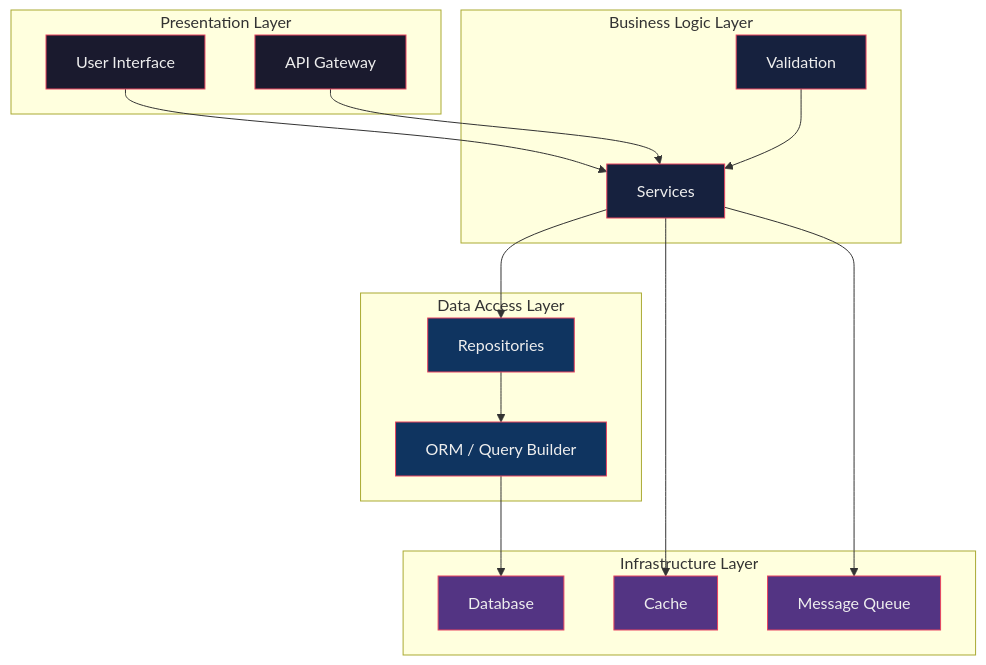
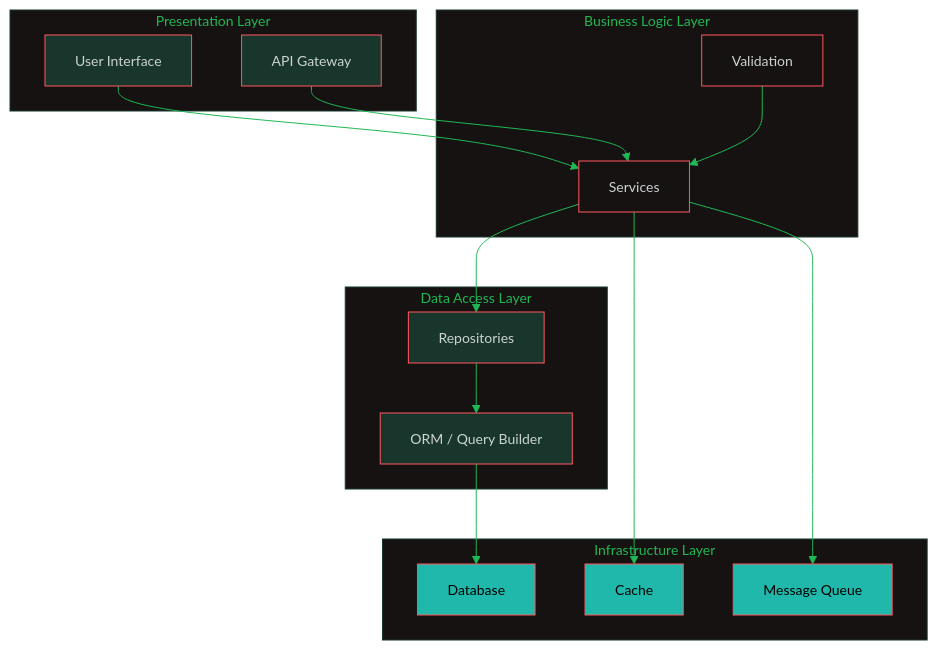
Before and after one commit to oat431/swe-knowledge: the second of 9 diagrams in computing-foundation-note/Fundamental/00 Basic Concepts of a System.md, drawn with Mermaid. The commit also changed other lines of this file and 139 other files, not shown here.

````diff
--- a/computing-foundation-note/Fundamental/00 Basic Concepts of a System.md
+++ b/computing-foundation-note/Fundamental/00 Basic Concepts of a System.md
@@ -143,39 +145,40 @@
 ```mermaid
+%%{init: {'theme':'base','themeVariables':{'primaryColor':'#19362D','primaryTextColor':'#CDD3D1','primaryBorderColor':'#1FB854','lineColor':'#1FB854','secondaryColor':'#161212','tertiaryColor':'#1B1717','background':'#1B1717','mainBkg':'#19362D','nodeBorder':'#1FB854','clusterBkg':'#161212','clusterBorder':'#19362D','titleColor':'#1FB854','edgeLabelBackground':'#161212','fontSize':'14px'}}}%%
 flowchart TB
     subgraph "Presentation Layer"
         UI["User Interface"]
         API["API Gateway"]
     end
     subgraph "Business Logic Layer"
         SVC["Services"]
         VALID["Validation"]
     end
     subgraph "Data Access Layer"
         REPO["Repositories"]
         ORM["ORM / Query Builder"]
     end
     subgraph "Infrastructure Layer"
         DB["Database"]
         CACHE["Cache"]
         MQ["Message Queue"]
     end
     
     UI --> SVC
     API --> SVC
     SVC --> REPO
     VALID --> SVC
     REPO --> ORM
     ORM --> DB
     SVC --> CACHE
     SVC --> MQ
     
-    style UI fill:#1a1a2e,stroke:#e94560,color:#eee
-    style API fill:#1a1a2e,stroke:#e94560,color:#eee
-    style SVC fill:#16213e,stroke:#e94560,color:#eee
-    style VALID fill:#16213e,stroke:#e94560,color:#eee
-    style REPO fill:#0f3460,stroke:#e94560,color:#eee
-    style ORM fill:#0f3460,stroke:#e94560,color:#eee
-    style DB fill:#533483,stroke:#e94560,color:#eee
-    style CACHE fill:#533483,stroke:#e94560,color:#eee
-    style MQ fill:#533483,stroke:#e94560,color:#eee
+    style UI fill:#19362D,stroke:#FF5861,color:#CDD3D1
+    style API fill:#19362D,stroke:#FF5861,color:#CDD3D1
+    style SVC fill:#161212,stroke:#FF5861,color:#CDD3D1
+    style VALID fill:#161212,stroke:#FF5861,color:#CDD3D1
+    style REPO fill:#19362D,stroke:#FF5861,color:#CDD3D1
+    style ORM fill:#19362D,stroke:#FF5861,color:#CDD3D1
+    style DB fill:#1FB8AB,stroke:#FF5861,color:#000000
+    style CACHE fill:#1FB8AB,stroke:#FF5861,color:#000000
+    style MQ fill:#1FB8AB,stroke:#FF5861,color:#000000
 ```
````
